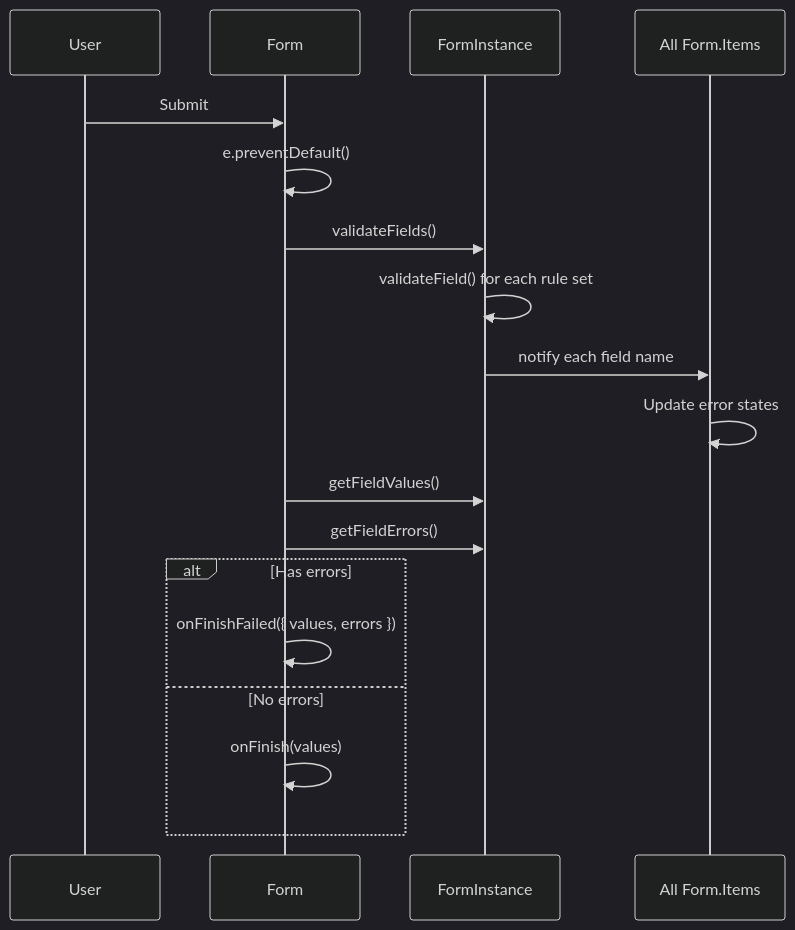
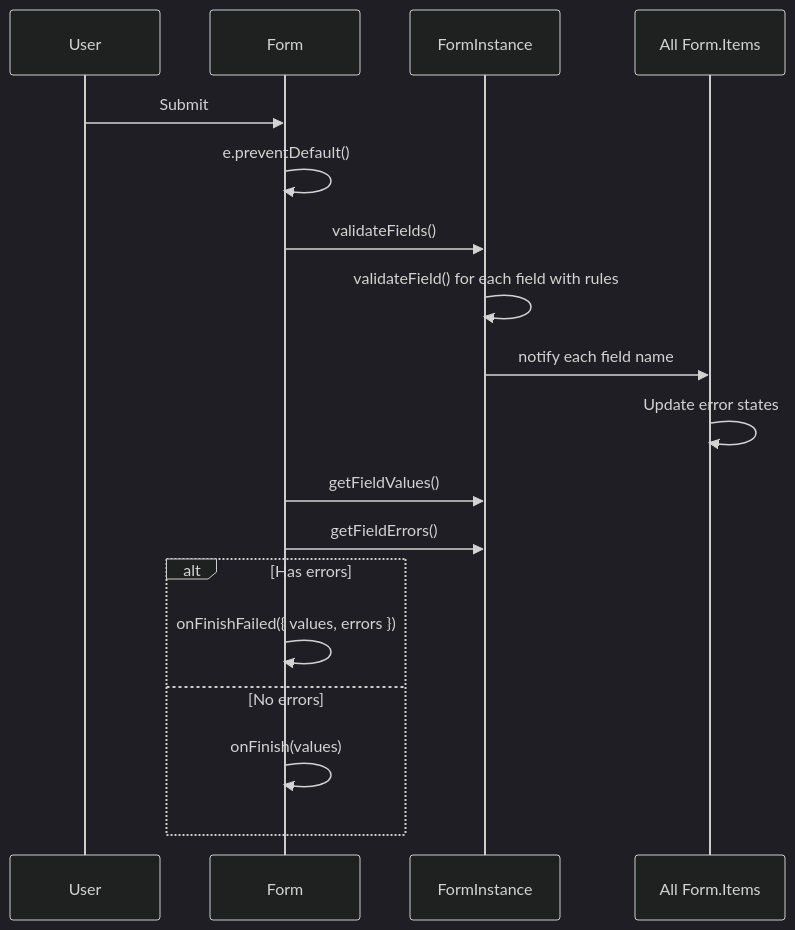
One commit to wangdicoder/tiny-design changed the fourth of 7 diagrams in packages/react/src/form/ARCHITECTURE.md. Above: the diagram before and after it, drawn with Mermaid (dark theme). The commit also changed other lines of this file and 2 other files, not shown here.

````diff
--- a/packages/react/src/form/ARCHITECTURE.md
+++ b/packages/react/src/form/ARCHITECTURE.md
@@ -126,23 +183,23 @@
 ```mermaid
 sequenceDiagram
     participant User
     participant Form
     participant Store as FormInstance
     participant Items as All Form.Items
 
     User->>Form: Submit
     Form->>Form: e.preventDefault()
     Form->>Store: validateFields()
-    Store->>Store: validateField() for each rule set
+    Store->>Store: validateField() for each field with rules
     Store->>Items: notify each field name
     Items->>Items: Update error states
 
     Form->>Store: getFieldValues()
     Form->>Store: getFieldErrors()
 
     alt Has errors
         Form->>Form: onFinishFailed({ values, errors })
     else No errors
         Form->>Form: onFinish(values)
     end
 ```
````
